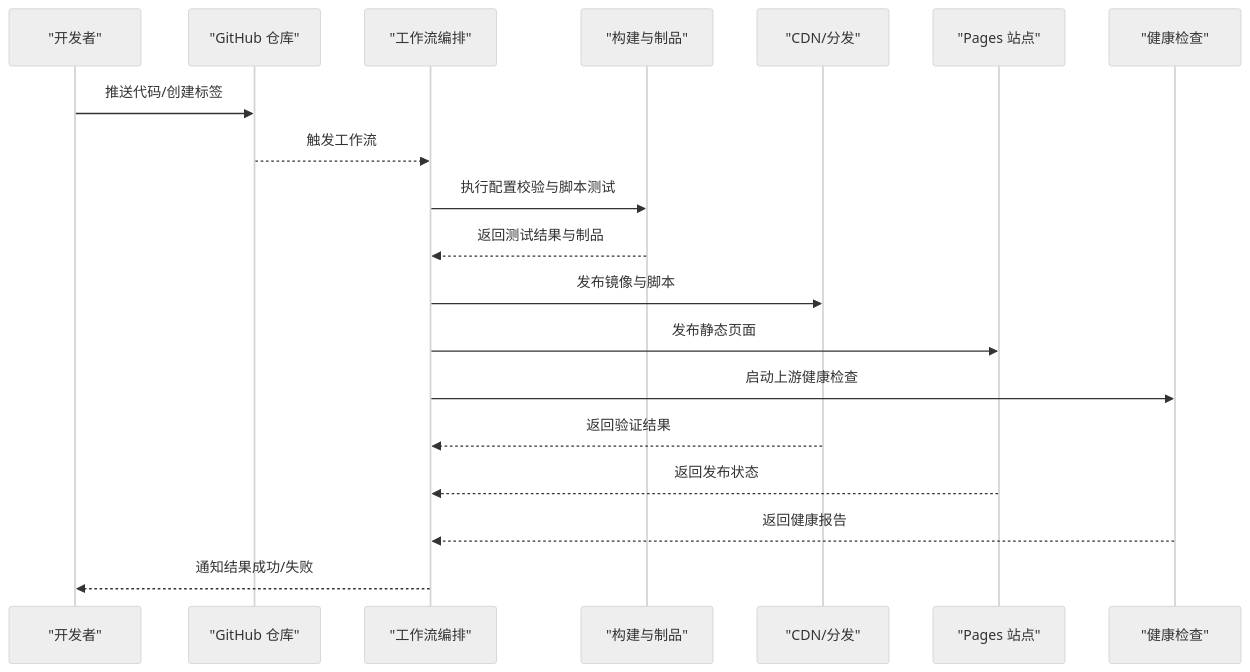
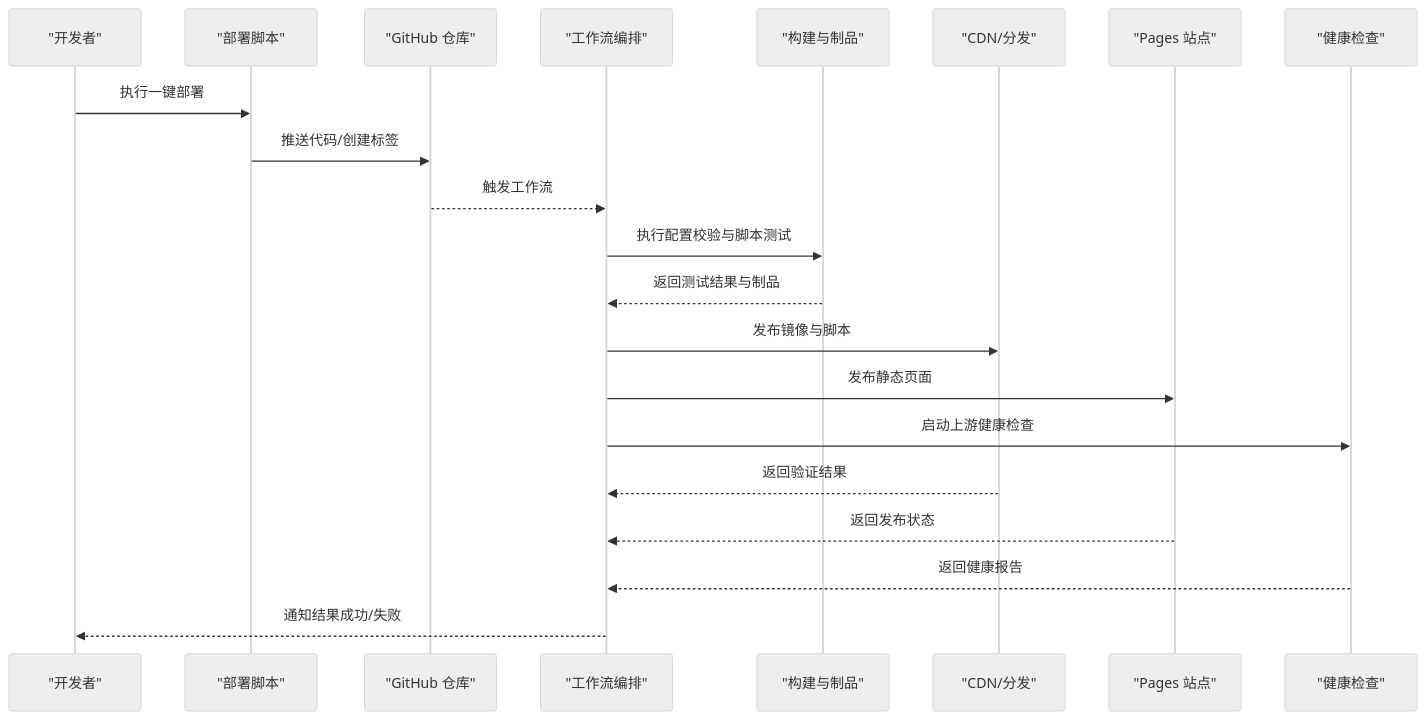
One commit to 3kaiu/config changed the second of 3 diagrams in .qoder/repowiki/zh/content/部署自动化/部署自动化.md. Above: the diagram before and after it, drawn with Mermaid (neutral theme). The commit also changed other lines of this file and 112 other files, not shown here.

````diff
--- a/.qoder/repowiki/zh/content/部署自动化/部署自动化.md
+++ b/.qoder/repowiki/zh/content/部署自动化/部署自动化.md
@@ -100,21 +116,23 @@
 ```mermaid
 sequenceDiagram
 participant Dev as "开发者"
+participant Script as "部署脚本"
 participant GH as "GitHub 仓库"
 participant WF as "工作流编排"
 participant Build as "构建与制品"
 participant CDN as "CDN/分发"
 participant Pages as "Pages 站点"
 participant Health as "健康检查"
-Dev->>GH : 推送代码/创建标签
+Dev->>Script : 执行一键部署
+Script->>GH : 推送代码/创建标签
 GH-->>WF : 触发工作流
 WF->>Build : 执行配置校验与脚本测试
 Build-->>WF : 返回测试结果与制品
 WF->>CDN : 发布镜像与脚本
 WF->>Pages : 发布静态页面
 WF->>Health : 启动上游健康检查
 CDN-->>WF : 返回验证结果
 Pages-->>WF : 返回发布状态
 Health-->>WF : 返回健康报告
 WF-->>Dev : 通知结果成功/失败
 ```
````
